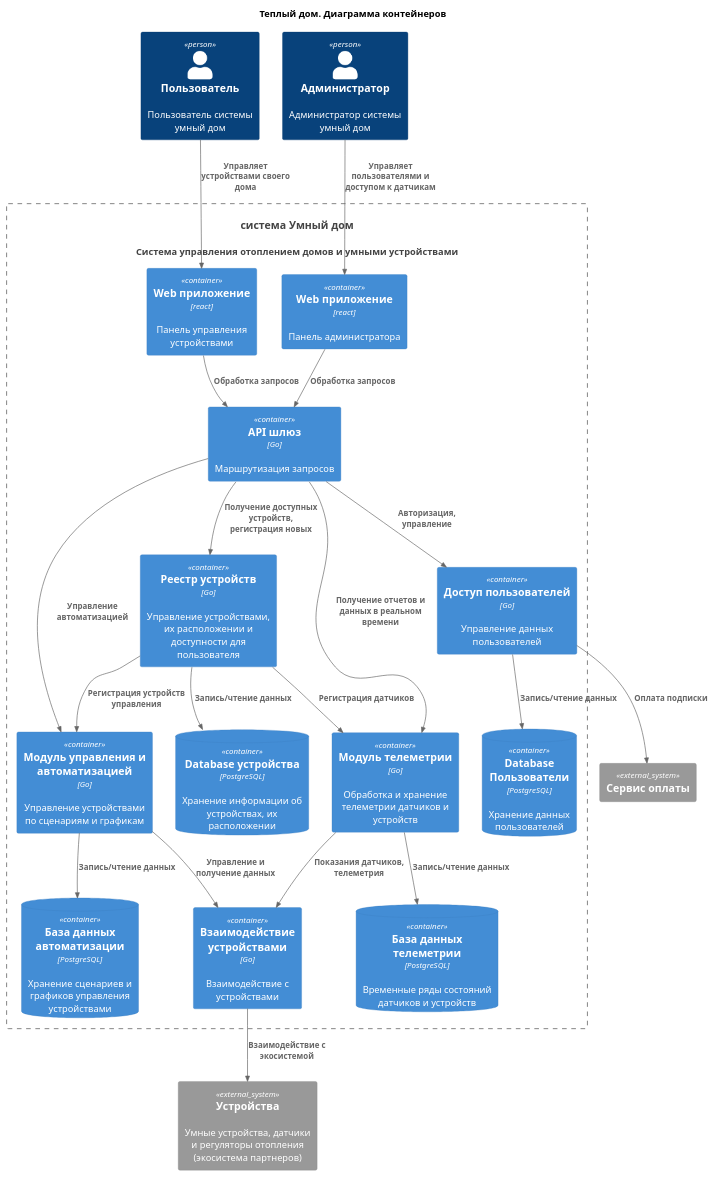
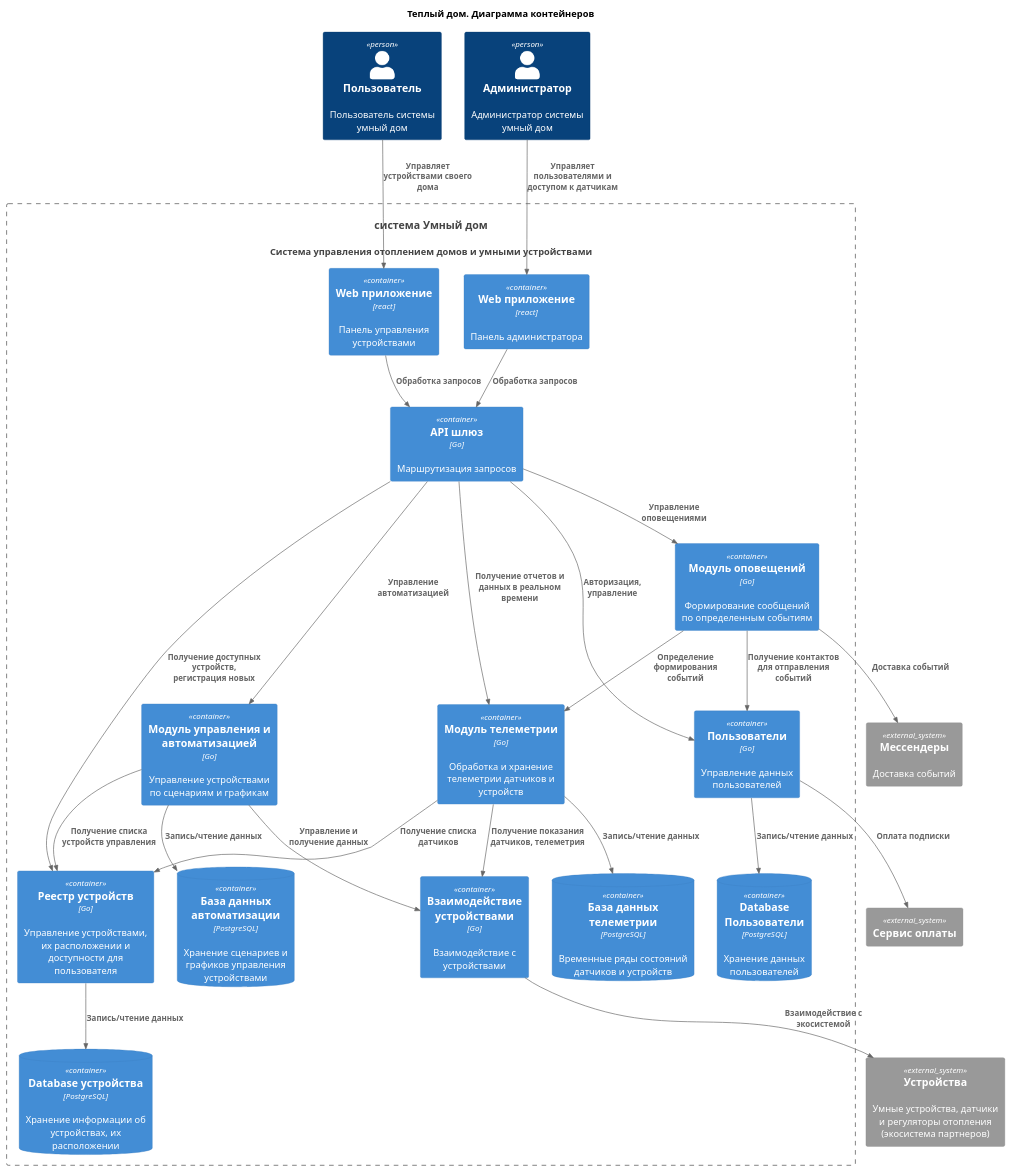
The diagram in diagrams/C4.Containers.puml (binaril/architecture-warmhouse), drawn with PlantUML before and after one commit. The commit also changed 1 other file, not shown here.

```diff
--- a/diagrams/C4.Containers.puml
+++ b/diagrams/C4.Containers.puml
@@ -1,51 +1,57 @@
 @startuml
 title Теплый дом. Диаграмма контейнеров
 
 top to bottom direction
 
 !includeurl https://raw.githubusercontent.com/RicardoNiepel/C4-PlantUML/master/C4_Component.puml
 
 Person(user, "Пользователь", "Пользователь системы умный дом")
 Person(admin, "Администратор", "Администратор системы умный дом")
 System(SmartHouse, "система Умный дом", "Система управления отоплением домов и умными устройствами")
 
 Container_Boundary(SmartHouse, "FitLife System") {
   Container(WebApp, "Web приложение", "react", "Панель управления устройствами")
   Container(WebAppAdmin, "Web приложение", "react", "Панель администратора")
   Container(GateWay, "API шлюз", "Go", "Маршрутизация запросов")
-  Container(UserAccess, "Доступ пользователей", "Go", "Управление данных пользователей")
+  Container(UserAccess, "Пользователи", "Go", "Управление данных пользователей")
   ContainerDb(UserAccessDb, "Database Пользователи", "PostgreSQL", "Хранение данных пользователей")
   Container(DeviceRepository, "Реестр устройств", "Go", "Управление устройствами, их расположении и доступности для пользователя")
   ContainerDb(DeviceRepositoryDb, "Database устройства", "PostgreSQL", "Хранение информации об устройствах, их расположении")
   Container(Automatic, "Модуль управления и автоматизацией", "Go", "Управление устройствами по сценариям и графикам")
   ContainerDb(AutomaticDb, "База данных автоматизации", "PostgreSQL", "Хранение сценариев и графиков управления устройствами")
   Container(DeviceControl, "Взаимодействие устройствами", "Go", "Взаимодействие с устройствами")
   Container(Telemetry, "Модуль телеметрии", "Go", "Обработка и хранение телеметрии датчиков и устройств")
+  Container(Notification, "Модуль оповещений", "Go", "Формирование сообщений по определенным событиям")
   ContainerDb(TelemetryDatabase, "База данных телеметрии", "PostgreSQL", "Временные ряды состояний датчиков и устройств")
 }
 
 System_Ext(PaidService, "Сервис оплаты", "")
 System_Ext(SmartDevice, "Устройства", "Умные устройства, датчики и регуляторы отопления (экосистема партнеров)")
+System_Ext(Messengers, "Мессендеры", "Доставка событий")
 
 
 Rel(user, WebApp, "Управляет устройствами своего дома")
 Rel(admin, WebAppAdmin,"Управляет пользователями и доступом к датчикам")
 
 Rel(WebApp, GateWay, "Обработка запросов")
 Rel(WebAppAdmin, GateWay, "Обработка запросов")
 
 Rel(GateWay, UserAccess, "Авторизация, управление")
 Rel(UserAccess, UserAccessDb, "Запись/чтение данных")
 Rel(GateWay, Telemetry, "Получение отчетов и данных в реальном времени")
 Rel(GateWay, Automatic, "Управление автоматизацией")
+Rel(GateWay, Notification, "Управление оповещениями")
 Rel(Automatic, AutomaticDb, "Запись/чтение данных")
 Rel(GateWay, DeviceRepository, "Получение доступных устройств, регистрация новых")
+Rel(Automatic, DeviceRepository, "Получение списка устройств управления")
+Rel(Telemetry, DeviceRepository, "Получение списка датчиков")
 Rel(DeviceRepository, DeviceRepositoryDb, "Запись/чтение данных")
-Rel(DeviceRepository, Automatic, "Регистрация устройств управления")
-Rel(DeviceRepository, Telemetry, "Регистрация датчиков ")
 Rel(Automatic, DeviceControl, "Управление и получение данных")
 Rel(Telemetry,TelemetryDatabase,"Запись/чтение данных")
-Rel(Telemetry, DeviceControl, "Показания датчиков, телеметрия")
+Rel(Telemetry, DeviceControl, "Получение показания датчиков, телеметрия")
+Rel(Notification, Telemetry, "Определение формирования событий")
+Rel(Notification, Messengers, "Доставка событий")
+Rel(Notification, UserAccess, "Получение контактов для отправления событий")
 Rel(DeviceControl,SmartDevice,"Взаимодействие с экосистемой")
 Rel(UserAccess, PaidService, "Оплата подписки")
 @enduml
```
